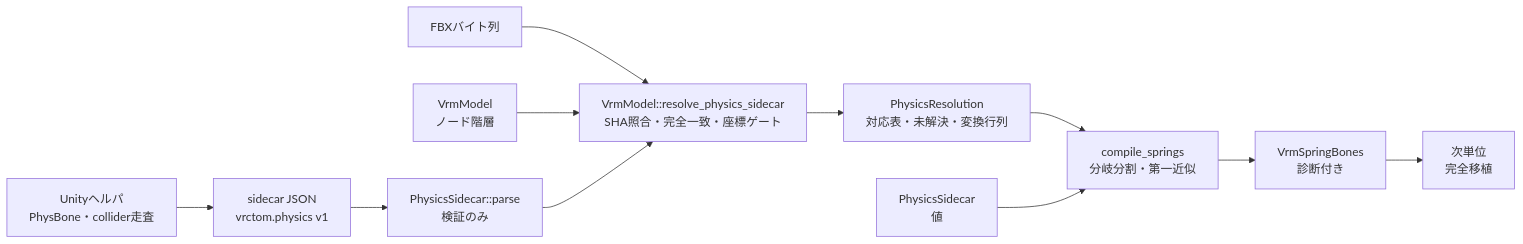
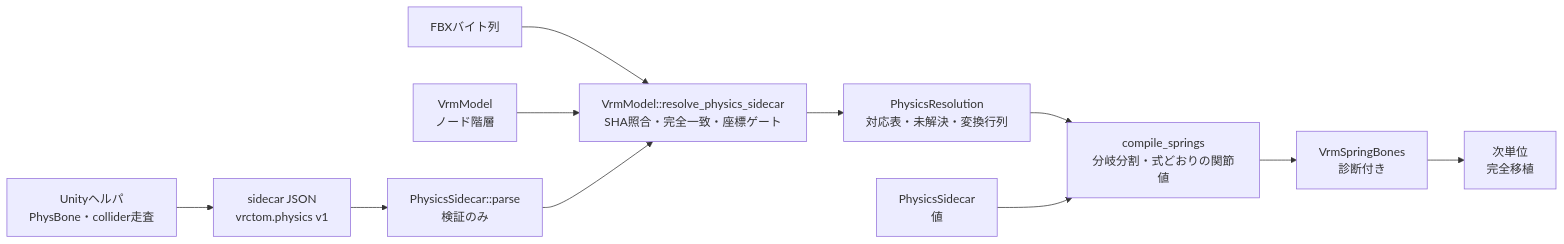
Before and after one commit to halby24/vrctom: the first of 2 diagrams in design/VRMスプリング.md, drawn with Mermaid. The commit also changed other lines of this file and 4 other files, not shown here.

````diff
--- a/design/VRMスプリング.md
+++ b/design/VRMスプリング.md
@@ -18,13 +19,13 @@
 ```mermaid
 flowchart LR
     helper[Unityヘルパ<br/>PhysBone・collider走査] --> json[sidecar JSON<br/>vrctom.physics v1]
     json --> parse[PhysicsSidecar::parse<br/>検証のみ]
     fbx[FBXバイト列] --> resolve[VrmModel::resolve_physics_sidecar<br/>SHA照合・完全一致・座標ゲート]
     model[VrmModel<br/>ノード階層] --> resolve
     parse --> resolve
     resolve --> out[PhysicsResolution<br/>対応表・未解決・変換行列]
-    out --> comp[compile_springs<br/>分岐分割・第一近似]
+    out --> comp[compile_springs<br/>分岐分割・式どおりの関節値]
     sidecar2[PhysicsSidecar<br/>値] --> comp
     comp --> bones[VrmSpringBones<br/>診断付き]
     bones --> next[次単位<br/>完全移植]
 ```
````
